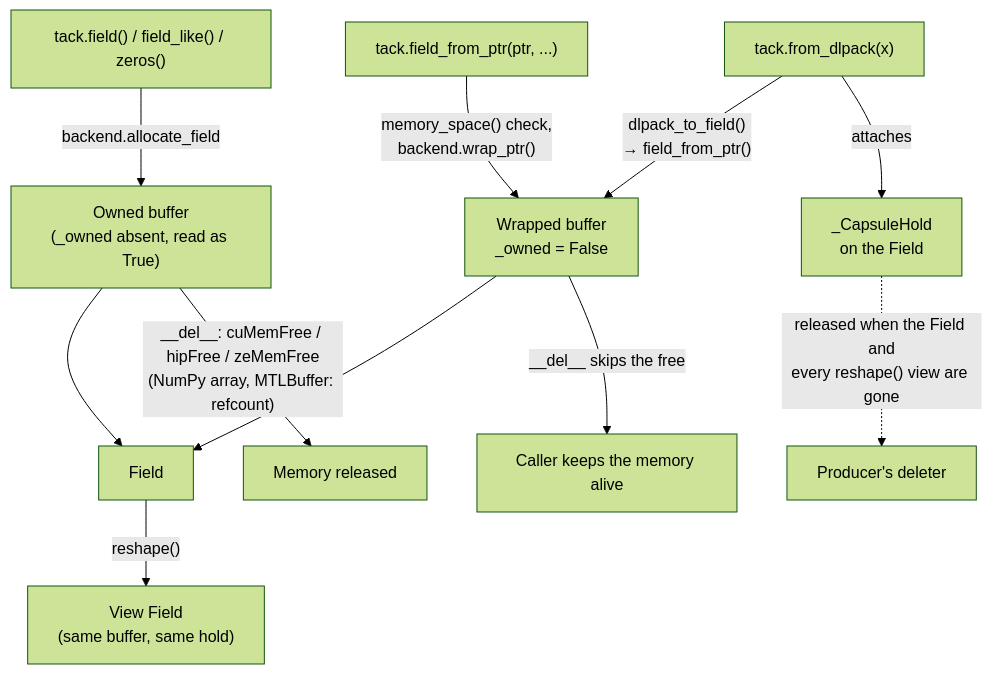
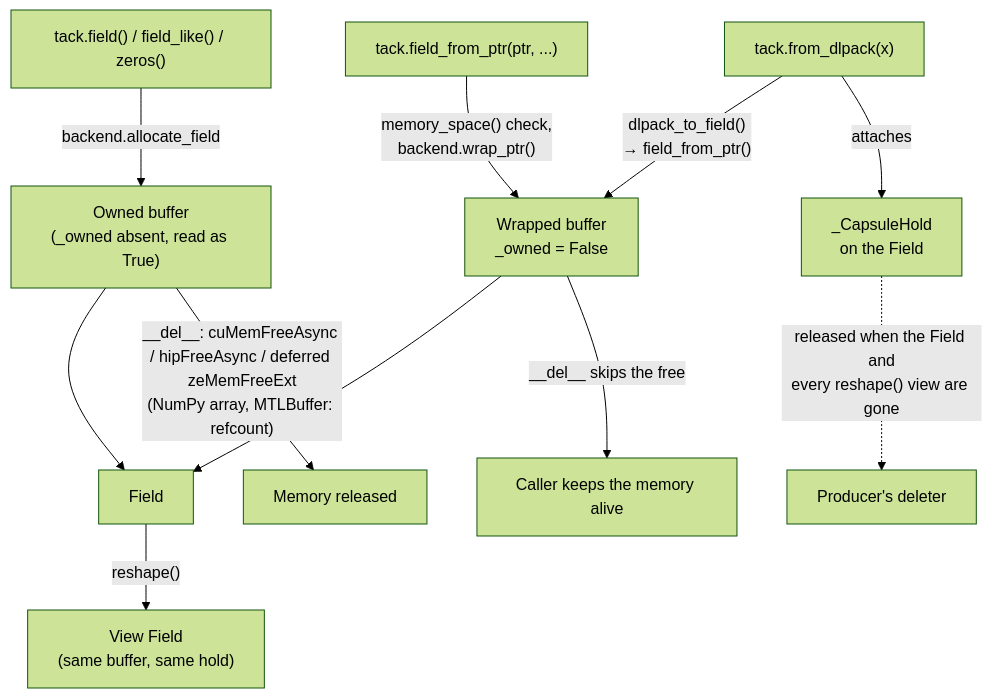
One commit to berkgeveci/tack changed the diagram in docs/design/memory-and-aliasing.md. Above: the diagram before and after it, drawn with Mermaid (forest theme). The commit also changed other lines of this file and 50 other files, not shown here.

````diff
--- a/docs/design/memory-and-aliasing.md
+++ b/docs/design/memory-and-aliasing.md
@@ -98,13 +114,13 @@
 ```mermaid
 flowchart TD
     A["tack.field() / field_like() / zeros()"] -->|backend.allocate_field| OWN["Owned buffer<br/>(_owned absent, read as True)"]
     B["tack.field_from_ptr(ptr, ...)"] -->|"memory_space() check,<br/>backend.wrap_ptr()"| WRAP["Wrapped buffer<br/>_owned = False"]
     C["tack.from_dlpack(x)"] -->|"dlpack_to_field()<br/>→ field_from_ptr()"| WRAP
     C -->|attaches| HOLD["_CapsuleHold<br/>on the Field"]
     OWN --> F["Field"]
     WRAP --> F
     F -->|"reshape()"| V["View Field<br/>(same buffer, same hold)"]
     HOLD -.->|"released when the Field and<br/>every reshape() view are gone"| PROD["Producer's deleter"]
-    OWN -->|"__del__: cuMemFree / hipFree / zeMemFree<br/>(NumPy array, MTLBuffer: refcount)"| FREE["Memory released"]
+    OWN -->|"__del__: cuMemFreeAsync / hipFreeAsync / deferred zeMemFreeExt<br/>(NumPy array, MTLBuffer: refcount)"| FREE["Memory released"]
     WRAP -->|"__del__ skips the free"| KEEP["Caller keeps the memory alive"]
 ```
````
